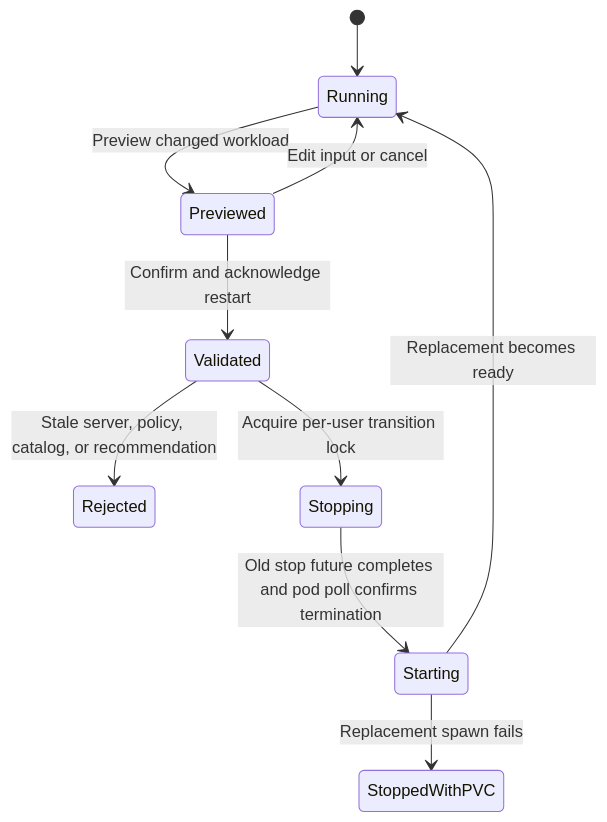
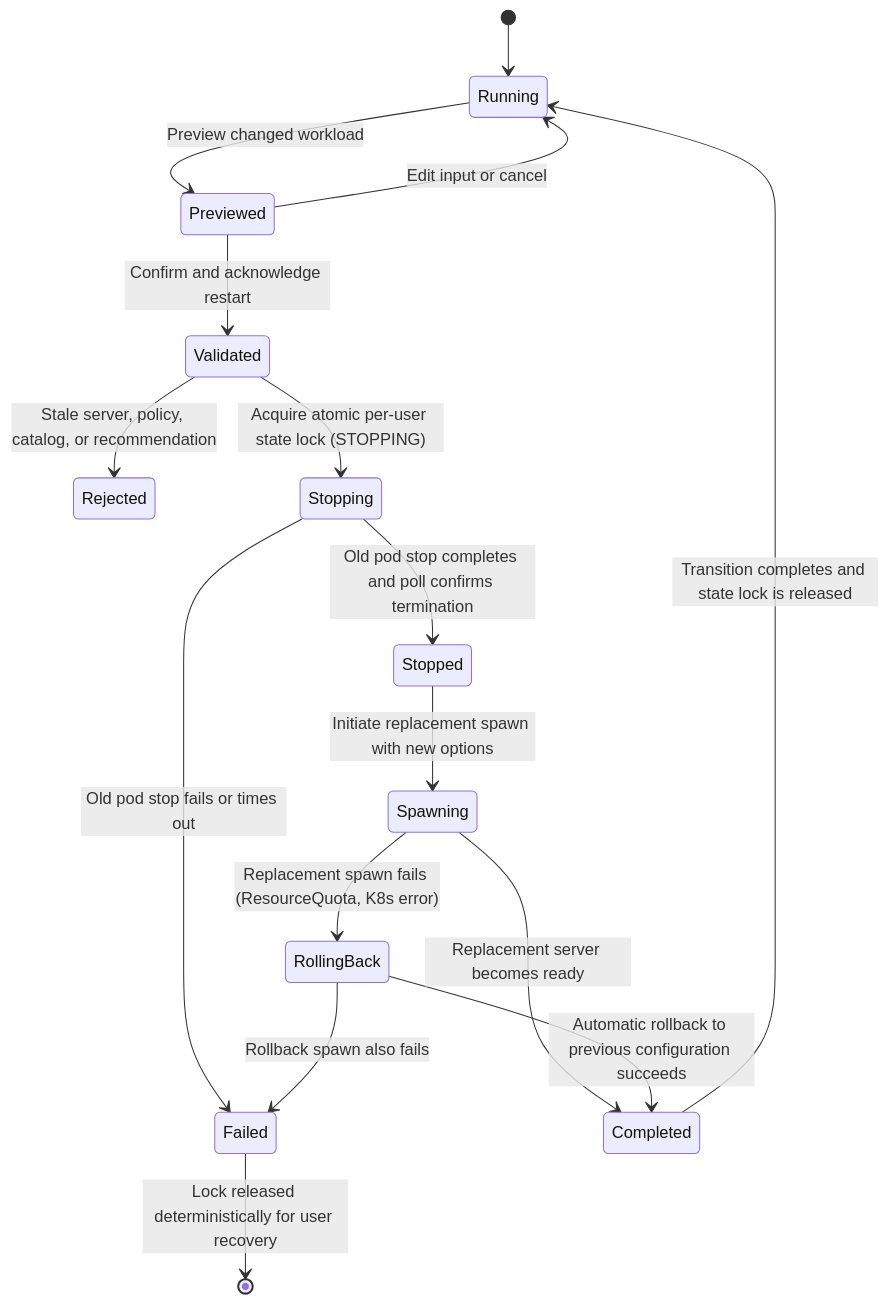
One commit to mthang1201/intent-spawner changed the diagram in docs/INTENT_AWARE_REPROVISIONING.md. Above: the diagram before and after it, drawn with Mermaid. The commit also changed other lines of this file and 5 other files, not shown here.

````diff
--- a/docs/INTENT_AWARE_REPROVISIONING.md
+++ b/docs/INTENT_AWARE_REPROVISIONING.md
@@ -74,12 +74,18 @@
 ```mermaid
 stateDiagram-v2
     [*] --> Running
     Running --> Previewed: Preview changed workload
     Previewed --> Running: Edit input or cancel
     Previewed --> Validated: Confirm and acknowledge restart
     Validated --> Rejected: Stale server, policy, catalog, or recommendation
-    Validated --> Stopping: Acquire per-user transition lock
-    Stopping --> Starting: Old stop future completes and pod poll confirms termination
-    Starting --> Running: Replacement becomes ready
-    Starting --> StoppedWithPVC: Replacement spawn fails
+    Validated --> Stopping: Acquire atomic per-user state lock (STOPPING)
+    Stopping --> Stopped: Old pod stop completes and poll confirms termination
+    Stopping --> Failed: Old pod stop fails or times out
+    Stopped --> Spawning: Initiate replacement spawn with new options
+    Spawning --> Completed: Replacement server becomes ready
+    Spawning --> RollingBack: Replacement spawn fails (ResourceQuota, K8s error)
+    RollingBack --> Completed: Automatic rollback to previous configuration succeeds
+    RollingBack --> Failed: Rollback spawn also fails
+    Completed --> Running: Transition completes and state lock is released
+    Failed --> [*]: Lock released deterministically for user recovery
 ```
````
